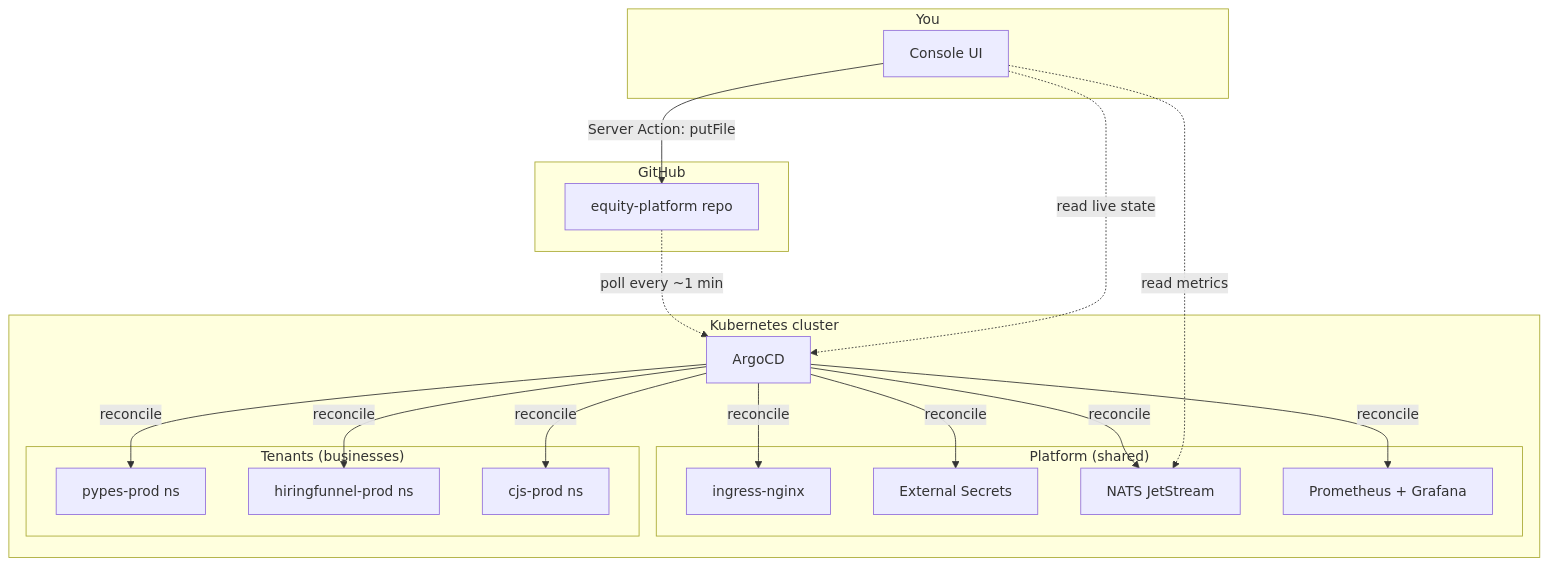
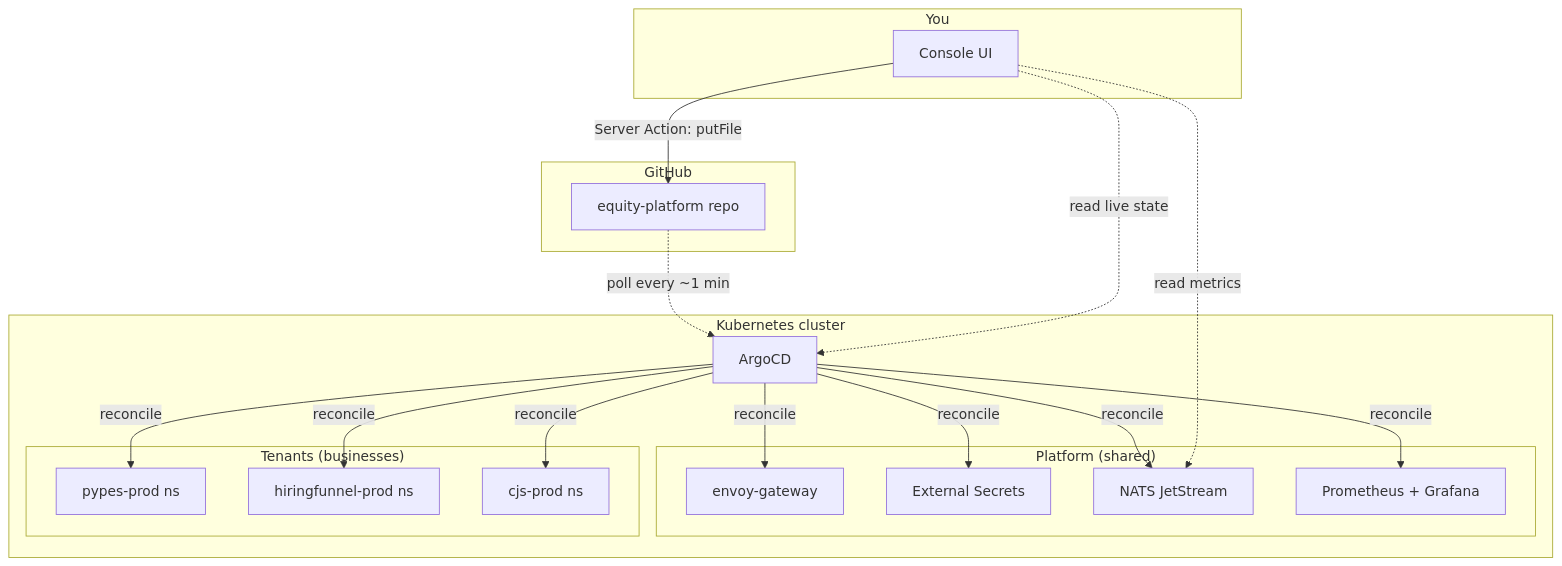
The diagram in README.md (jaredzwick/equity-platform), drawn with Mermaid before and after one commit. The commit also changed 6 other files, not shown here.

First line of the commit message:
feat(platform): migrate ingress-nginx -> envoy-gateway + fix js-yaml import

````diff
--- a/README.md
+++ b/README.md
@@ -39,34 +39,34 @@
 ```mermaid
 graph TD
     subgraph "You"
       U[Console UI]
     end
     subgraph "GitHub"
       G[equity-platform repo]
     end
     subgraph "Kubernetes cluster"
       A[ArgoCD]
       subgraph "Platform (shared)"
-        NG[ingress-nginx]
+        NG[envoy-gateway]
         ES[External Secrets]
         NA[NATS JetStream]
         PR[Prometheus + Grafana]
       end
       subgraph "Tenants (businesses)"
         P[pypes-prod ns]
         H[hiringfunnel-prod ns]
         C[cjs-prod ns]
       end
     end
     U -->|Server Action: putFile| G
     G -.->|poll every ~1 min| A
     A -->|reconcile| NG
     A -->|reconcile| ES
     A -->|reconcile| NA
     A -->|reconcile| PR
     A -->|reconcile| P
     A -->|reconcile| H
     A -->|reconcile| C
     U -.->|read live state| A
     U -.->|read metrics| NA
 ```
````
